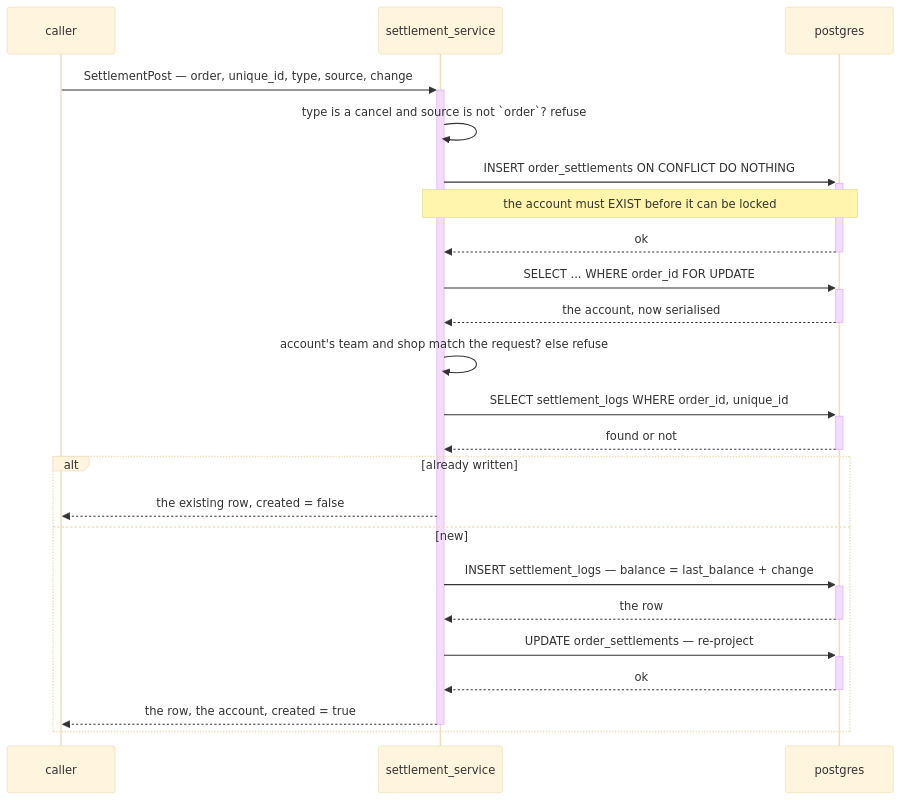
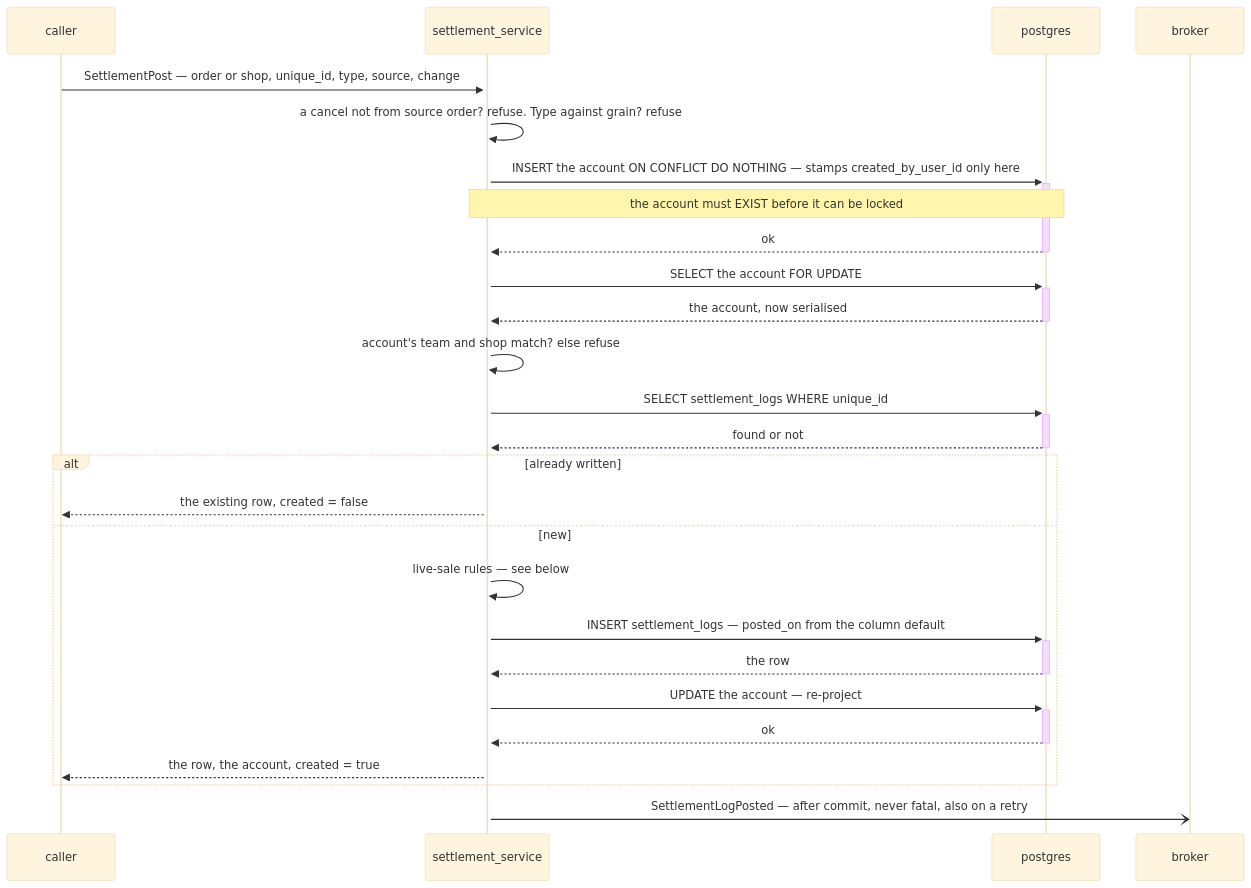
Before and after one commit to pdcgo/warehouse_revamp: the second of 5 diagrams in docs/services/settlement_service/rpc.md, drawn with Mermaid (base theme). The commit also changed other lines of this file and 21 other files, not shown here.

````diff
--- a/docs/services/settlement_service/rpc.md
+++ b/docs/services/settlement_service/rpc.md
@@ -28,26 +46,29 @@
 ```mermaid
 sequenceDiagram
   participant C as caller
   participant S as settlement_service
   participant DB as postgres
+  participant B as broker
 
-  C->>+S: SettlementPost — order, unique_id, type, source, change
-  S->>S: type is a cancel and source is not `order`? refuse
-  S->>+DB: INSERT order_settlements ON CONFLICT DO NOTHING
+  C->>+S: SettlementPost — order or shop, unique_id, type, source, change
+  S->>S: a cancel not from source order? refuse. Type against grain? refuse
+  S->>+DB: INSERT the account ON CONFLICT DO NOTHING — stamps created_by_user_id only here
   Note over S,DB: the account must EXIST before it can be locked
   DB-->>-S: ok
-  S->>+DB: SELECT ... WHERE order_id FOR UPDATE
+  S->>+DB: SELECT the account FOR UPDATE
   DB-->>-S: the account, now serialised
-  S->>S: account's team and shop match the request? else refuse
-  S->>+DB: SELECT settlement_logs WHERE order_id, unique_id
+  S->>S: account's team and shop match? else refuse
+  S->>+DB: SELECT settlement_logs WHERE unique_id
   DB-->>-S: found or not
   alt already written
     S-->>C: the existing row, created = false
   else new
-    S->>+DB: INSERT settlement_logs — balance = last_balance + change
+    S->>S: live-sale rules — see below
+    S->>+DB: INSERT settlement_logs — posted_on from the column default
     DB-->>-S: the row
-    S->>+DB: UPDATE order_settlements — re-project
+    S->>+DB: UPDATE the account — re-project
     DB-->>-S: ok
-    S-->>-C: the row, the account, created = true
+    S-->>C: the row, the account, created = true
   end
+  S-)B: SettlementLogPosted — after commit, never fatal, also on a retry
 ```
````
